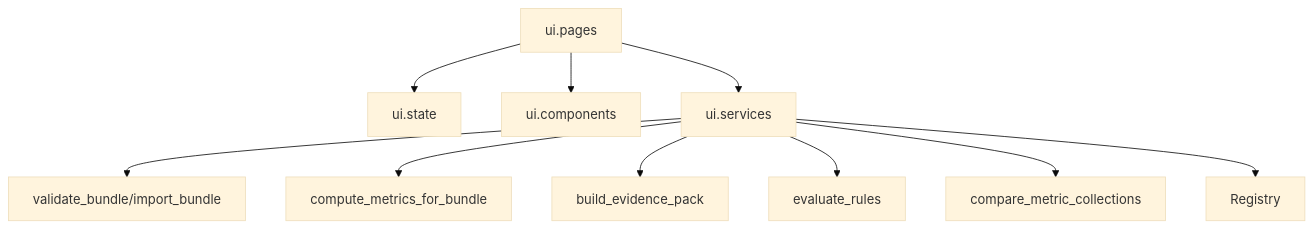
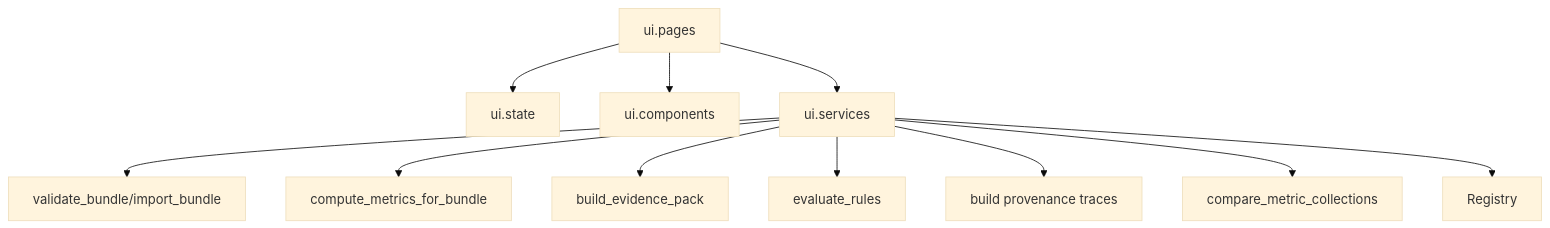
One commit to Abdulla4akash/traffictwin changed the sixth of 7 diagrams in docs/architecture.md. Above: the diagram before and after it, drawn with Mermaid (base theme). The commit also changed other lines of this file and 64 other files, not shown here.

````diff
--- a/docs/architecture.md
+++ b/docs/architecture.md
@@ -180,12 +218,13 @@
 ```mermaid
 flowchart TD
     Pages[ui.pages] --> State[ui.state]
     Pages --> Components[ui.components]
     Pages --> Services[ui.services]
     Services --> Bundle[validate_bundle/import_bundle]
     Services --> Metrics[compute_metrics_for_bundle]
     Services --> Evidence[build_evidence_pack]
     Services --> Rules[evaluate_rules]
+    Services --> Provenance[build provenance traces]
     Services --> Compare[compare_metric_collections]
     Services --> Registry[Registry]
 ```
````
